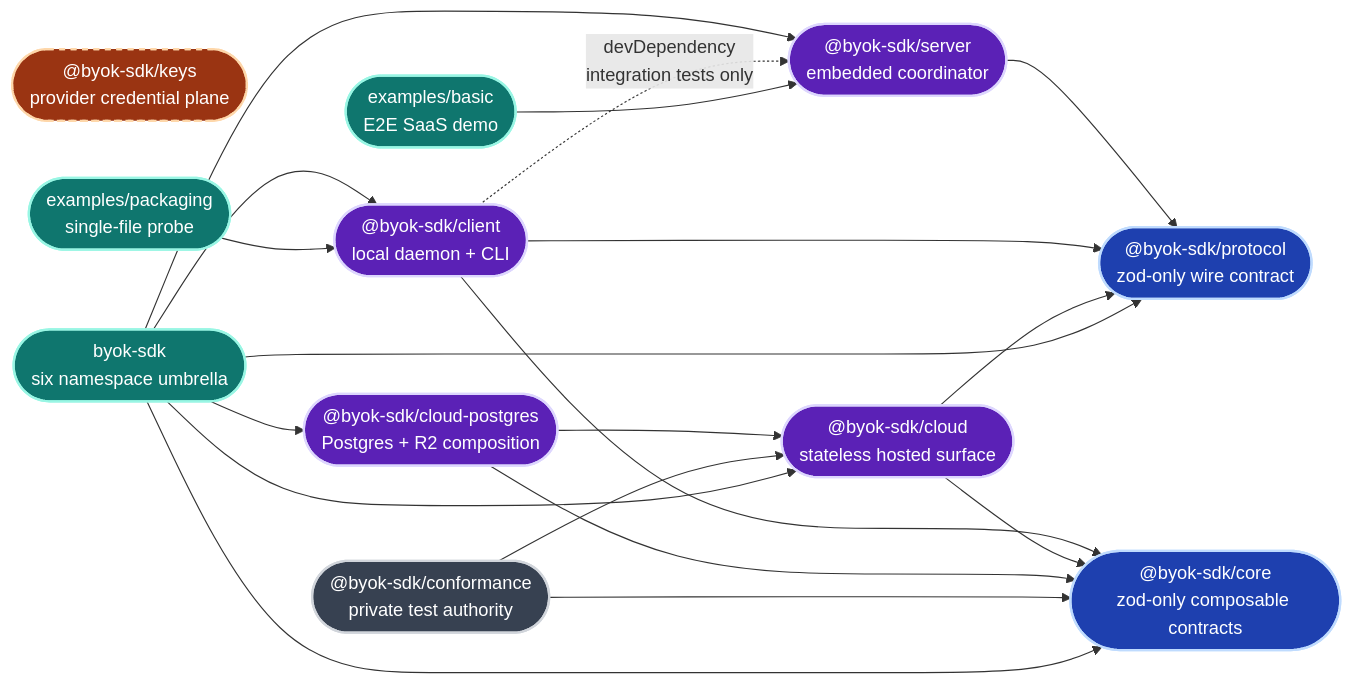
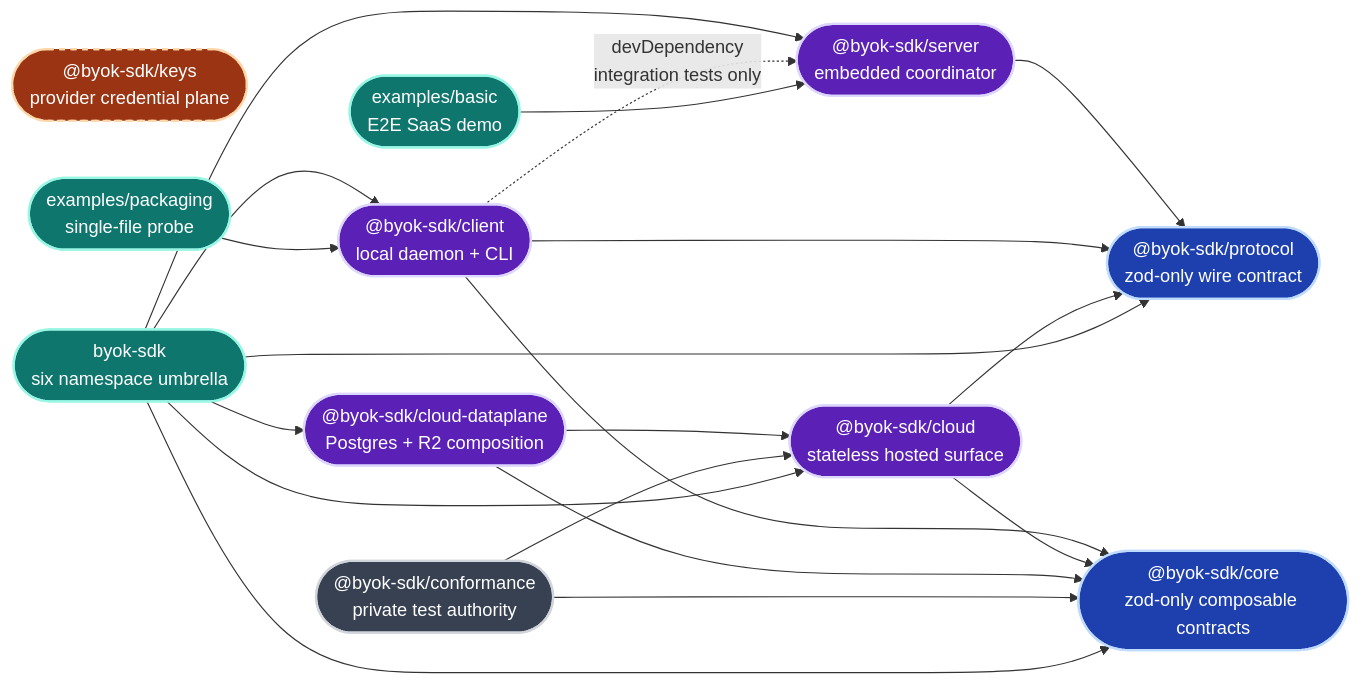
The second of 23 diagrams in docs/architecture/sdk-architecture.md (Ancienttwo/byok-sdk), drawn with Mermaid before and after one commit. The commit also changed other lines of this file and 72 other files, not shown here.

Commit message:
refactor!: rename cloud-postgres to cloud-dataplane

````diff
--- a/docs/architecture/sdk-architecture.md
+++ b/docs/architecture/sdk-architecture.md
@@ -107,41 +111,41 @@
 ```mermaid
 flowchart LR
   classDef contract fill:#1e40af,stroke:#bfdbfe,stroke-width:2px,color:#fff
   classDef runtime fill:#5b21b6,stroke:#ddd6fe,stroke-width:2px,color:#fff
   classDef key fill:#9a3412,stroke:#fed7aa,stroke-width:2px,color:#fff
   classDef example fill:#0f766e,stroke:#99f6e4,stroke-width:2px,color:#fff
   classDef dev fill:#374151,stroke:#d1d5db,stroke-width:2px,color:#fff
 
   Protocol(["@byok-sdk/protocol<br/>zod-only wire contract"]):::contract
   Server(["@byok-sdk/server<br/>embedded coordinator"]):::runtime
   Client(["@byok-sdk/client<br/>local daemon + CLI"]):::runtime
   Keys(["@byok-sdk/keys<br/>provider credential plane"]):::key
   Core(["@byok-sdk/core<br/>zod-only composable contracts"]):::contract
   Cloud(["@byok-sdk/cloud<br/>stateless hosted surface"]):::runtime
-  CloudPg(["@byok-sdk/cloud-postgres<br/>Postgres + R2 composition"]):::runtime
+  CloudPg(["@byok-sdk/cloud-dataplane<br/>Postgres + R2 composition"]):::runtime
   SDK(["byok-sdk<br/>six namespace umbrella"]):::example
   Conformance(["@byok-sdk/conformance<br/>private test authority"]):::dev
   Basic(["examples/basic<br/>E2E SaaS demo"]):::example
   Packaging(["examples/packaging<br/>single-file probe"]):::example
 
   Server --> Protocol
   Client --> Protocol
   Client --> Core
   Cloud --> Core
   Cloud --> Protocol
   CloudPg --> Cloud
   CloudPg --> Core
   Conformance --> Cloud
   Conformance --> Core
   SDK --> Protocol
   SDK --> Server
   SDK --> Client
   SDK --> Core
   SDK --> Cloud
   SDK --> CloudPg
   Client -.->|"devDependency<br/>integration tests only"| Server
   Basic --> Server
   Packaging --> Client
 
   style Keys stroke-dasharray:5 5
 ```
````
